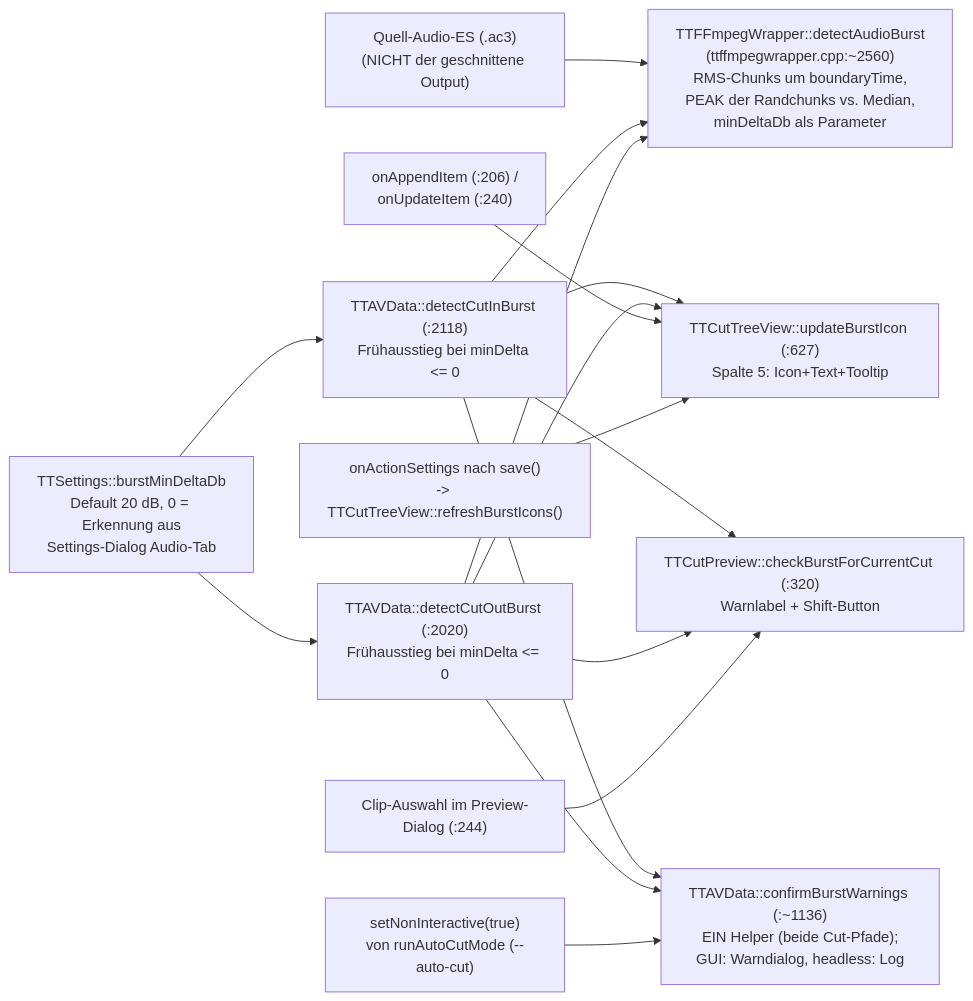
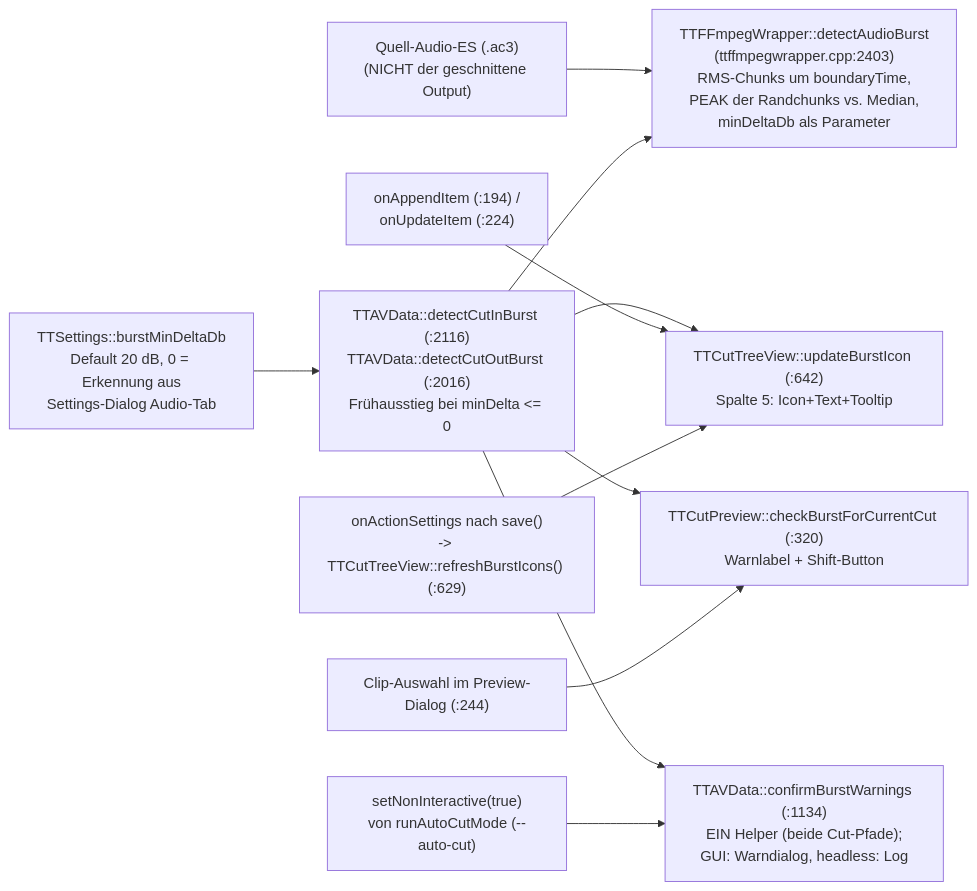
Before and after one commit to MINIXJR/TTCut-ng: the diagram in docs/code-map/burst-detection.md, drawn with Mermaid. The commit also changed other lines of this file, not shown here.

````diff
--- a/docs/code-map/burst-detection.md
+++ b/docs/code-map/burst-detection.md
@@ -24,29 +24,25 @@
 ```mermaid
 flowchart LR
     SRC["Quell-Audio-ES (.ac3)<br/>(NICHT der geschnittene Output)"]
-    DET["TTFFmpegWrapper::detectAudioBurst<br/>(ttffmpegwrapper.cpp:~2560)<br/>RMS-Chunks um boundaryTime,<br/>PEAK der Randchunks vs. Median,<br/>minDeltaDb als Parameter"]
-    AVD_IN["TTAVData::detectCutInBurst (:2118)<br/>Frühausstieg bei minDelta &lt;= 0"]
-    AVD_OUT["TTAVData::detectCutOutBurst (:2020)<br/>Frühausstieg bei minDelta &lt;= 0"]
+    DET["TTFFmpegWrapper::detectAudioBurst<br/>(ttffmpegwrapper.cpp:2403)<br/>RMS-Chunks um boundaryTime,<br/>PEAK der Randchunks vs. Median,<br/>minDeltaDb als Parameter"]
+    AVD["TTAVData::detectCutInBurst (:2116)<br/>TTAVData::detectCutOutBurst (:2016)<br/>Frühausstieg bei minDelta &lt;= 0"]
     SET["TTSettings::burstMinDeltaDb<br/>Default 20 dB, 0 = Erkennung aus<br/>Settings-Dialog Audio-Tab"]
-    LIST["TTCutTreeView::updateBurstIcon (:627)<br/>Spalte 5: Icon+Text+Tooltip"]
-    APPEND["onAppendItem (:206) /<br/>onUpdateItem (:240)"]
+    LIST["TTCutTreeView::updateBurstIcon (:642)<br/>Spalte 5: Icon+Text+Tooltip"]
+    APPEND["onAppendItem (:194) /<br/>onUpdateItem (:224)"]
     PREV["TTCutPreview::checkBurstForCurrentCut (:320)<br/>Warnlabel + Shift-Button"]
     SEL["Clip-Auswahl im Preview-Dialog (:244)"]
-    REFRESH["onActionSettings nach save()<br/>-> TTCutTreeView::refreshBurstIcons()"]
-    FINAL["TTAVData::confirmBurstWarnings (:~1136)<br/>EIN Helper (beide Cut-Pfade);<br/>GUI: Warndialog, headless: Log"]
+    REFRESH["onActionSettings nach save()<br/>-> TTCutTreeView::refreshBurstIcons() (:629)"]
+    FINAL["TTAVData::confirmBurstWarnings (:1134)<br/>EIN Helper (beide Cut-Pfade);<br/>GUI: Warndialog, headless: Log"]
     NONINT["setNonInteractive(true)<br/>von runAutoCutMode (--auto-cut)"]
 
     SRC --> DET
-    SET --> AVD_IN --> DET
-    SET --> AVD_OUT --> DET
-    AVD_IN --> LIST
-    AVD_IN --> PREV
-    AVD_IN --> FINAL
-    AVD_OUT --> LIST
-    AVD_OUT --> PREV
-    AVD_OUT --> FINAL
+    SET --> AVD
+    AVD --> DET
+    AVD --> LIST
+    AVD --> PREV
+    AVD --> FINAL
     APPEND --> LIST
     REFRESH --> LIST
     SEL --> PREV
     NONINT --> FINAL
 ```
````
